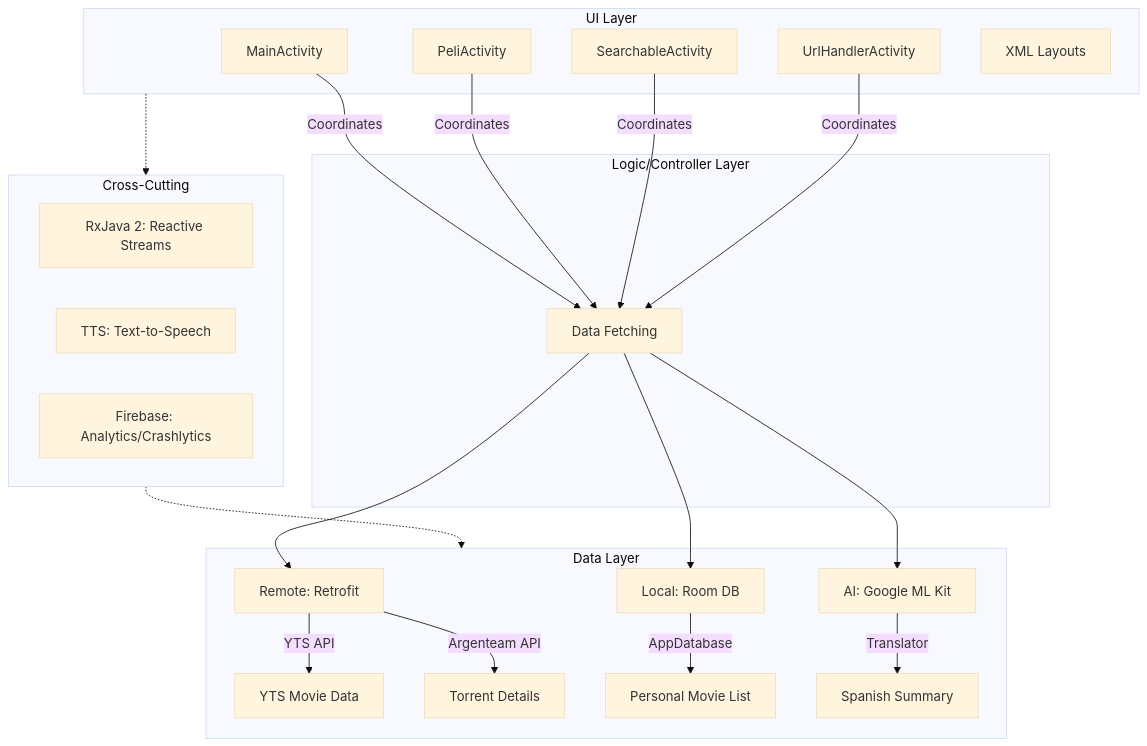
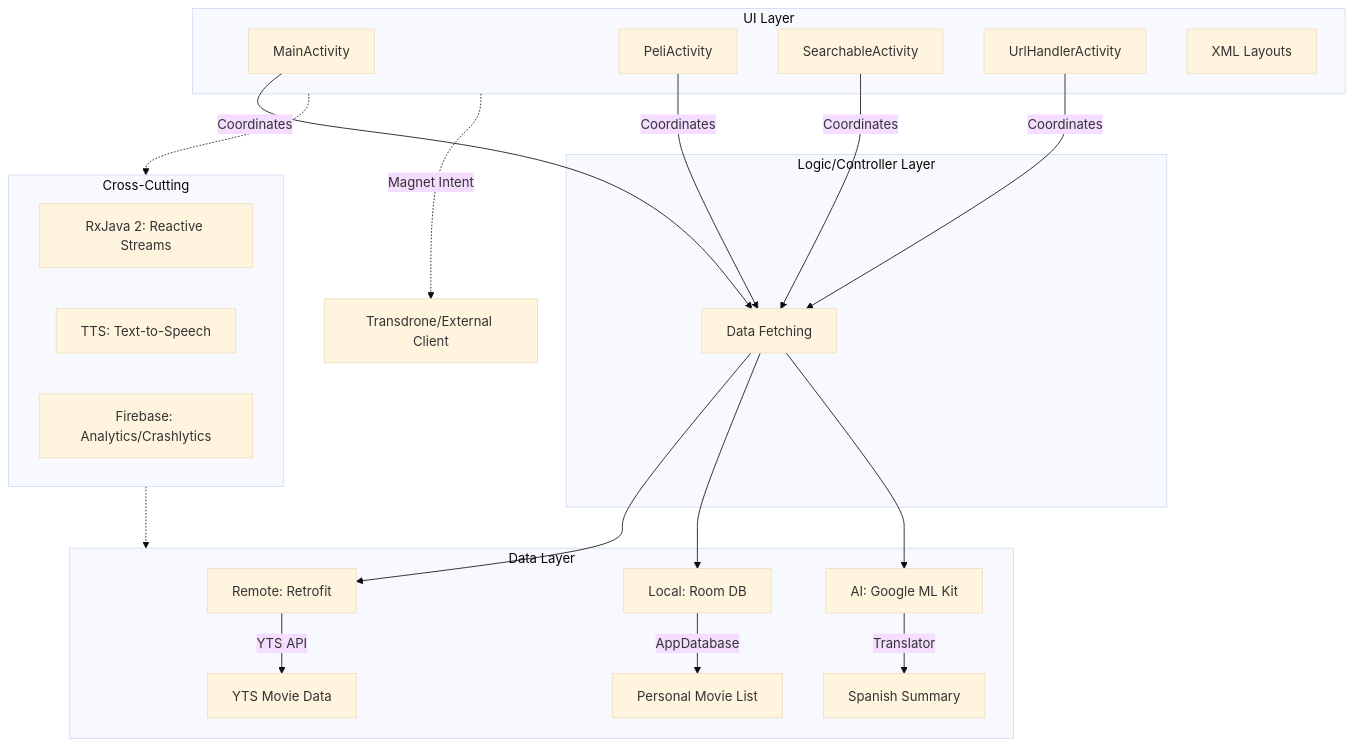
The first of 5 diagrams in README.md (martinrevert/LaTorrentola), drawn with Mermaid (base theme) before and after one commit. The commit also changed other lines of this file, not shown here.

Commit message:
- Update README to clarify integration with Transdrone for torrent management - Remove Argenteam API references from architecture documentation and diagrams - Update sequence diagrams to reflect magnet intent handling via Android system - Remove Argenteam base URL from requirements section

````diff
--- a/README.md
+++ b/README.md
@@ -9,37 +20,37 @@
 ```mermaid
 graph TD
     subgraph UI_Layer [UI Layer]
         A[MainActivity]
         B[PeliActivity]
         C[SearchableActivity]
         D[UrlHandlerActivity]
         E[XML Layouts]
     end
 
     subgraph Logic_Layer [Logic/Controller Layer]
         A -->|Coordinates| F[Data Fetching]
         B -->|Coordinates| F
         C -->|Coordinates| F
         D -->|Coordinates| F
     end
 
     subgraph Data_Layer [Data Layer]
         F --> G[Remote: Retrofit]
         F --> H[Local: Room DB]
         F --> I[AI: Google ML Kit]
         
         G -->|YTS API| J[YTS Movie Data]
-        G -->|Argenteam API| K[Torrent Details]
         H -->|AppDatabase| L[Personal Movie List]
         I -->|Translator| M[Spanish Summary]
     end
 
     subgraph Cross_Cutting [Cross-Cutting]
         N[RxJava 2: Reactive Streams]
         O[TTS: Text-to-Speech]
         P[Firebase: Analytics/Crashlytics]
     end
 
     UI_Layer -.-> Cross_Cutting
     Cross_Cutting -.-> Data_Layer
+    UI_Layer -.->|Magnet Intent| Q[Transdrone/External Client]
 ```
````
